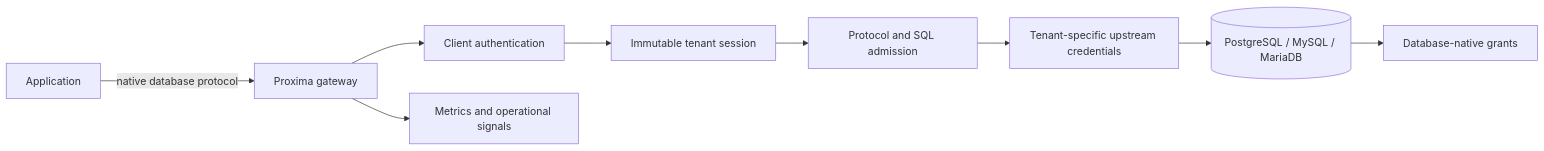
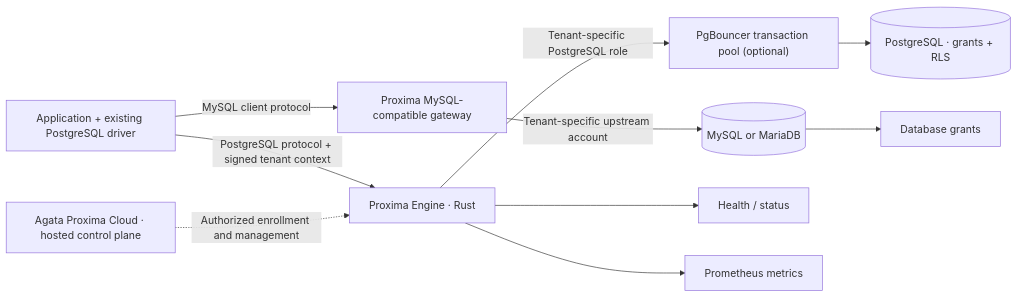
The diagram in README.md (Proxima-Engine/proxima-engine), drawn with Mermaid before and after one commit. The commit also changed other lines of this file, not shown here.

Commit message:
docs(readme): restore PostgreSQL-first walkthrough and add independent database guides

````diff
--- a/README.md
+++ b/README.md
@@ -38,11 +67,12 @@
-~~~mermaid
+```mermaid
 flowchart LR
-  A["Application"] -->|"native database protocol"| G["Proxima gateway"]
-  G --> I["Client authentication"]
-  I --> T["Immutable tenant session"]
-  T --> P["Protocol and SQL admission"]
-  P --> U["Tenant-specific upstream credentials"]
-  U --> D[("PostgreSQL / MySQL / MariaDB")]
-  D --> R["Database-native grants"]
-  G --> M["Metrics and operational signals"]
-~~~
+  App["Application + existing PostgreSQL driver"] -->|"PostgreSQL protocol + signed tenant context"| Engine["Proxima Engine · Rust"]
+  Engine -->|"Tenant-specific PostgreSQL role"| Pool["PgBouncer transaction pool (optional)"]
+  Pool --> PG[("PostgreSQL · grants + RLS")]
+  App -->|"MySQL client protocol"| MySQLGateway["Proxima MySQL-compatible gateway"]
+  MySQLGateway -->|"Tenant-specific upstream account"| MySQL[("MySQL or MariaDB")]
+  MySQL --> Privileges["Database grants"]
+  Engine --> Health["Health / status"]
+  Engine --> Metrics["Prometheus metrics"]
+  Cloud["Agata Proxima Cloud · hosted control plane"] -.->|"Authorized enrollment and management"| Engine
+```
````
